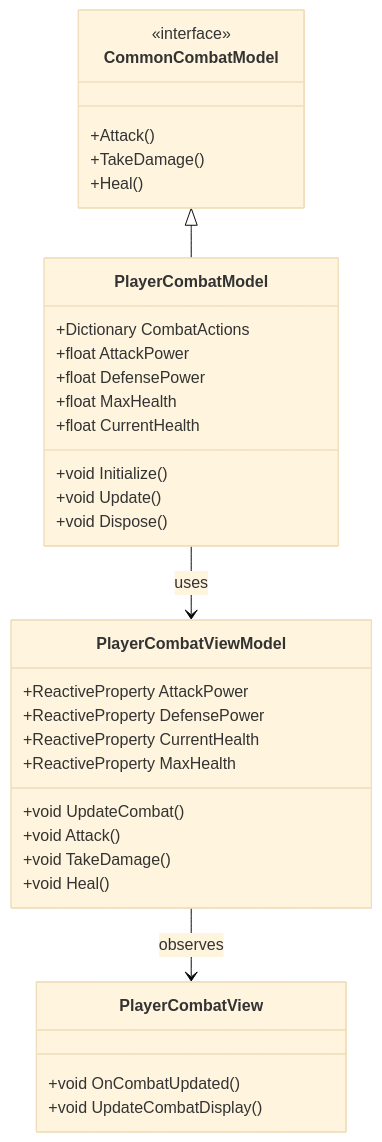
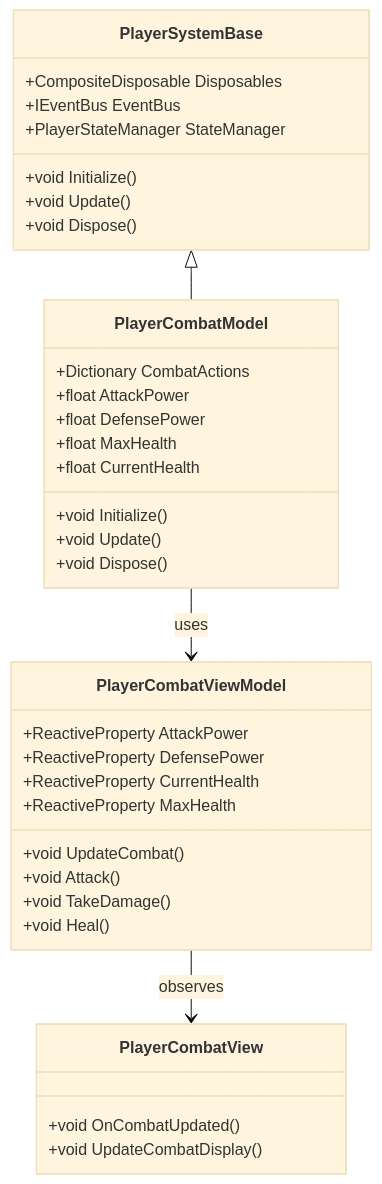
Before and after one commit to nel2116/GodotGame: the first of 2 diagrams in Docs/10_CoreDocs/12_Architecture/12_03_detailed_design/02_systems/01_player_system/03_combat_system.md, drawn with Mermaid (base theme). The commit also changed other lines of this file and 5 other files, not shown here.

````diff
--- a/Docs/10_CoreDocs/12_Architecture/12_03_detailed_design/02_systems/01_player_system/03_combat_system.md
+++ b/Docs/10_CoreDocs/12_Architecture/12_03_detailed_design/02_systems/01_player_system/03_combat_system.md
@@ -51,40 +52,42 @@
 ```mermaid
 classDiagram
-    class CommonCombatModel {
-        <<interface>>
-        +Attack()
-        +TakeDamage()
-        +Heal()
+    class PlayerSystemBase {
+        +CompositeDisposable Disposables
+        +IEventBus EventBus
+        +PlayerStateManager StateManager
+        +void Initialize()
+        +void Update()
+        +void Dispose()
     }
 
     class PlayerCombatModel {
         +Dictionary<string, CombatData> CombatActions
         +float AttackPower
         +float DefensePower
         +float MaxHealth
         +float CurrentHealth
         +void Initialize()
         +void Update()
         +void Dispose()
     }
 
     class PlayerCombatViewModel {
         +ReactiveProperty<float> AttackPower
         +ReactiveProperty<float> DefensePower
         +ReactiveProperty<float> CurrentHealth
         +ReactiveProperty<float> MaxHealth
         +void UpdateCombat()
         +void Attack()
         +void TakeDamage()
         +void Heal()
     }
 
     class PlayerCombatView {
         +void OnCombatUpdated()
         +void UpdateCombatDisplay()
     }
 
-    CommonCombatModel <|-- PlayerCombatModel
+    PlayerSystemBase <|-- PlayerCombatModel
     PlayerCombatModel --> PlayerCombatViewModel : uses
     PlayerCombatViewModel --> PlayerCombatView : observes
 ```
````
